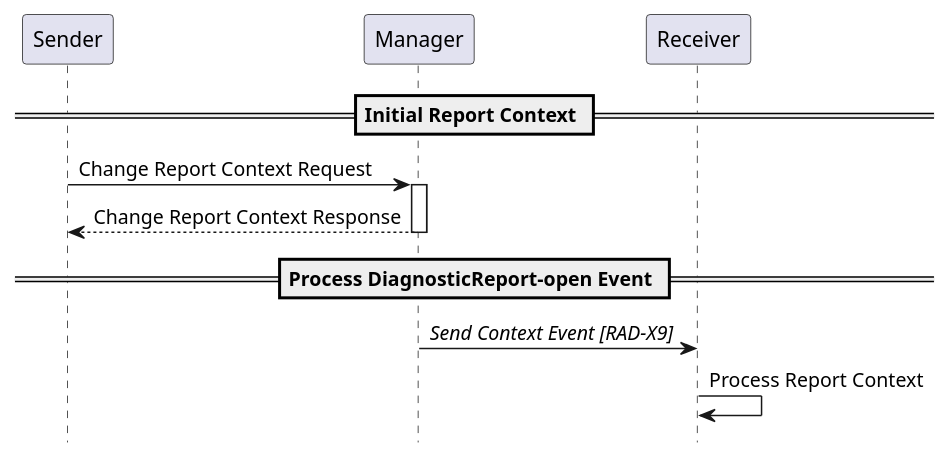
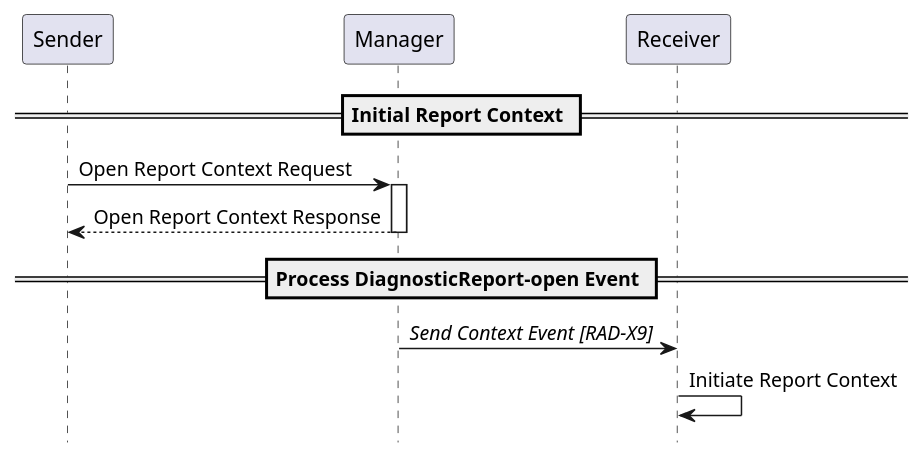
The diagram in input/images-source/rad-x3-seq.plantuml (IHE/RAD.IRA), drawn with PlantUML before and after one commit. The commit also changed 1 other file, not shown here.

Commit message:
Updated message to use Open instead of Change, and Initiate instead of Process.

```diff
--- a/input/images-source/rad-x3-seq.plantuml
+++ b/input/images-source/rad-x3-seq.plantuml
@@ -1,20 +1,20 @@
 @startuml
 
 hide footbox
 
 participant "Sender" as Sender
 participant "Manager" as Manager
 participant "Receiver" as Receiver
 
 == Initial Report Context ==
 
-Sender->Manager: Change Report Context Request
+Sender->Manager: Open Report Context Request
 activate Manager
-Manager-->Sender: Change Report Context Response
+Manager-->Sender: Open Report Context Response
 deactivate Manager
 
 == Process DiagnosticReport-open Event ==
 Manager->Receiver: //Send Context Event [RAD-X9]//
-Receiver->Receiver: Process Report Context
+Receiver->Receiver: Initiate Report Context
 
 @enduml
```
